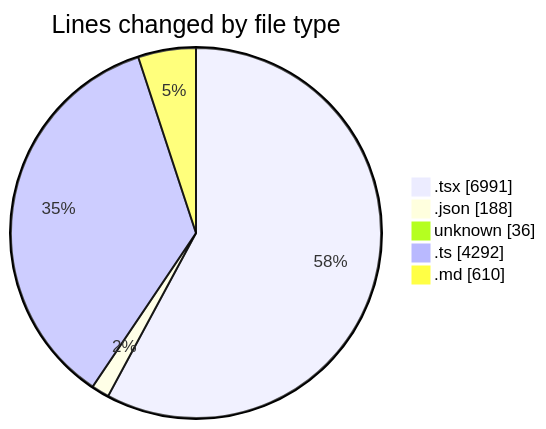
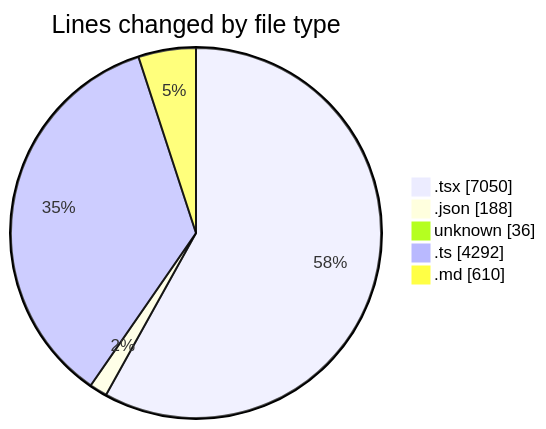
One commit to ernivani/code-tracking changed the first of 2 diagrams in 2025-01-03/tinycms/README.md. Above: the diagram before and after it, drawn with Mermaid. The commit also changed other lines of this file and 5 other files, not shown here.

````diff
--- a/2025-01-03/tinycms/README.md
+++ b/2025-01-03/tinycms/README.md
@@ -62,9 +63,9 @@
 ```mermaid
 pie showData
 title Lines changed by file type
-".tsx" : 6991
+".tsx" : 7050
 ".json" : 188
 "unknown" : 36
 ".ts" : 4292
 ".md" : 610
 ```
````
